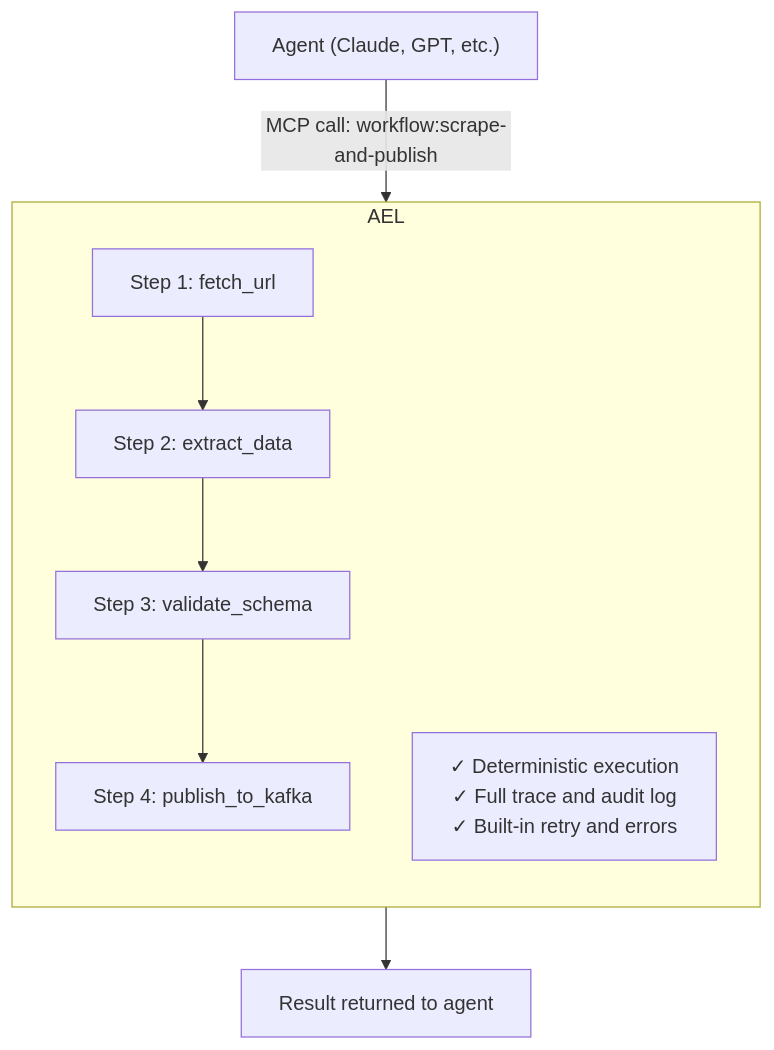
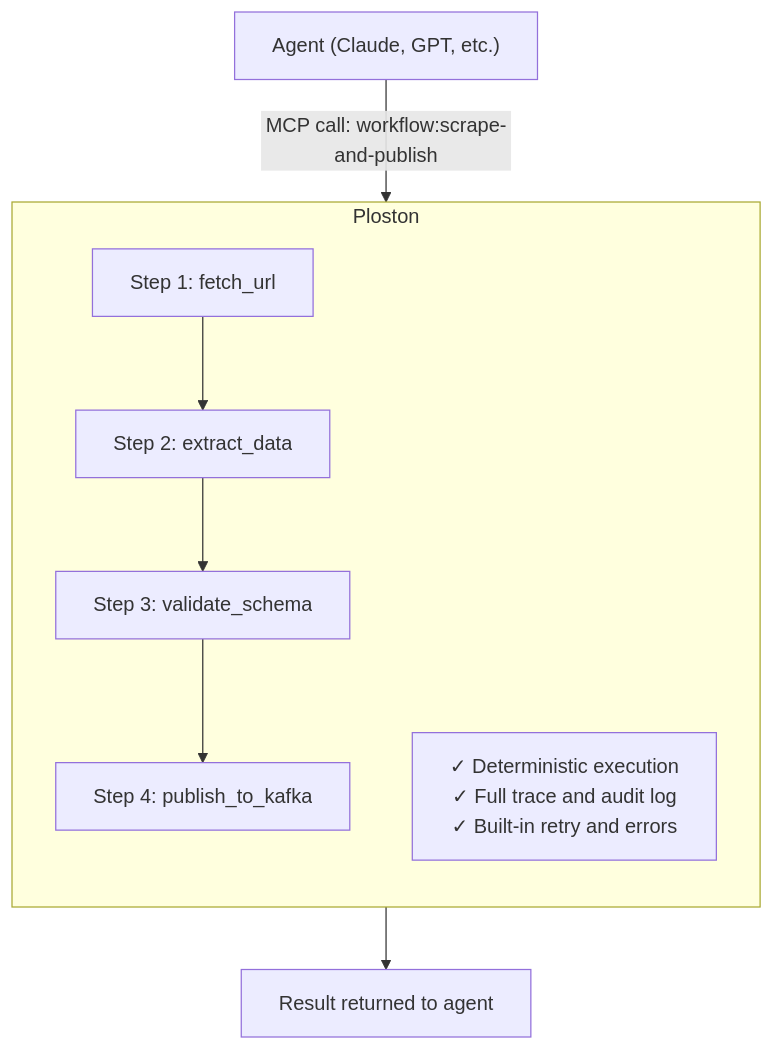
The second of 3 diagrams in docs/index.md (ostanlabs/ael_documentation), drawn with Mermaid before and after one commit. The commit also changed other lines of this file and 23 other files, not shown here.

First line of the commit message:
rebrand: AEL → Ploston

````diff
--- a/docs/index.md
+++ b/docs/index.md
@@ -48,18 +48,18 @@
 ```mermaid
 flowchart TB
     Agent["Agent (Claude, GPT, etc.)"]
-    Agent -->|"MCP call: workflow:scrape-and-publish"| AEL
+    Agent -->|"MCP call: workflow:scrape-and-publish"| Ploston
 
-    subgraph AEL["AEL"]
+    subgraph Ploston["Ploston"]
         direction TB
         S1["Step 1: fetch_url"]
         S2["Step 2: extract_data"]
         S3["Step 3: validate_schema"]
         S4["Step 4: publish_to_kafka"]
         S1 --> S2 --> S3 --> S4
 
         Features["✓ Deterministic execution<br/>✓ Full trace and audit log<br/>✓ Built-in retry and errors"]
     end
 
-    AEL --> Result["Result returned to agent"]
+    Ploston --> Result["Result returned to agent"]
 ```
````
